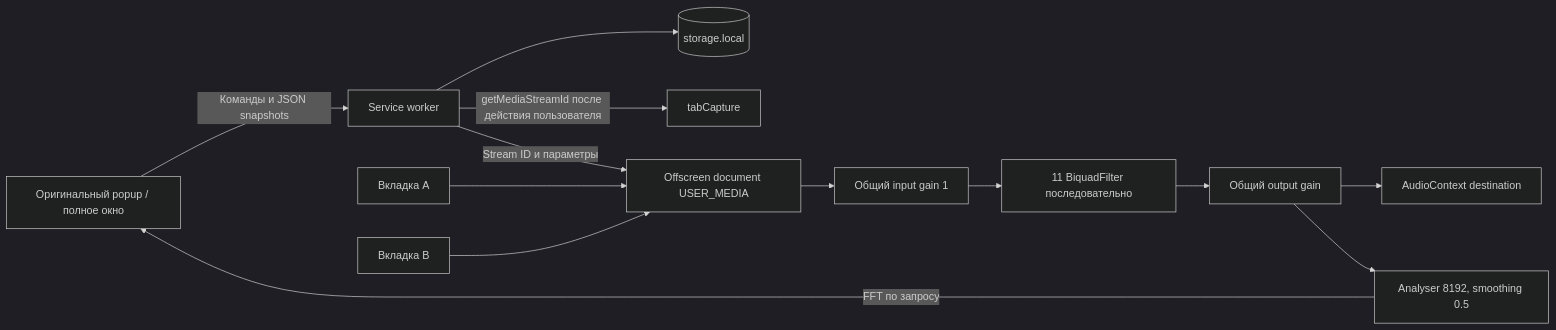
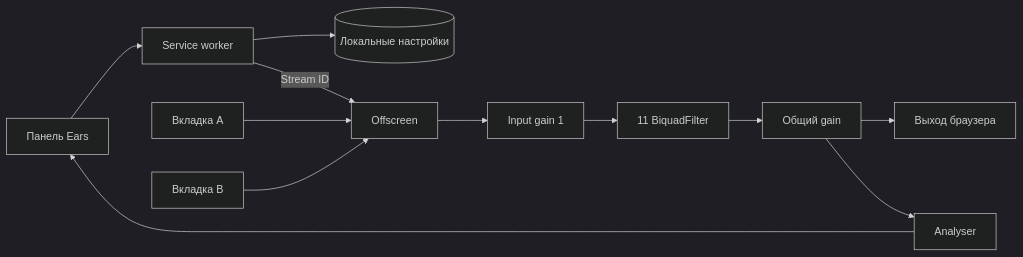
One commit to Kagamisu/Ears-Bass-Boost-EQ-Any-Audio-revival changed the diagram in docs/ARCHITECTURE.md. Above: the diagram before and after it, drawn with Mermaid (dark theme). The commit also changed other lines of this file and 11 other files, not shown here.

````diff
--- a/docs/ARCHITECTURE.md
+++ b/docs/ARCHITECTURE.md
@@ -3,15 +5,14 @@
 ```mermaid
 flowchart LR
-  P[Оригинальный popup / полное окно] -->|Команды и JSON snapshots| W[Service worker]
-  W --> S[(storage.local)]
-  W -->|getMediaStreamId после действия пользователя| T[tabCapture]
-  W -->|Stream ID и параметры| O[Offscreen document USER_MEDIA]
+  P[Панель Ears] --> W[Service worker]
+  W --> S[(Локальные настройки)]
+  W -->|Stream ID| O[Offscreen]
   A[Вкладка A] --> O
   B[Вкладка B] --> O
-  O --> I[Общий input gain 1]
-  I --> F[11 BiquadFilter последовательно]
-  F --> G[Общий output gain]
-  G --> D[AudioContext destination]
-  G --> FFT[Analyser 8192, smoothing 0.5]
-  FFT -->|FFT по запросу| P
+  O --> I[Input gain 1]
+  I --> F[11 BiquadFilter]
+  F --> G[Общий gain]
+  G --> D[Выход браузера]
+  G --> FFT[Analyser]
+  FFT --> P
 ```
````
